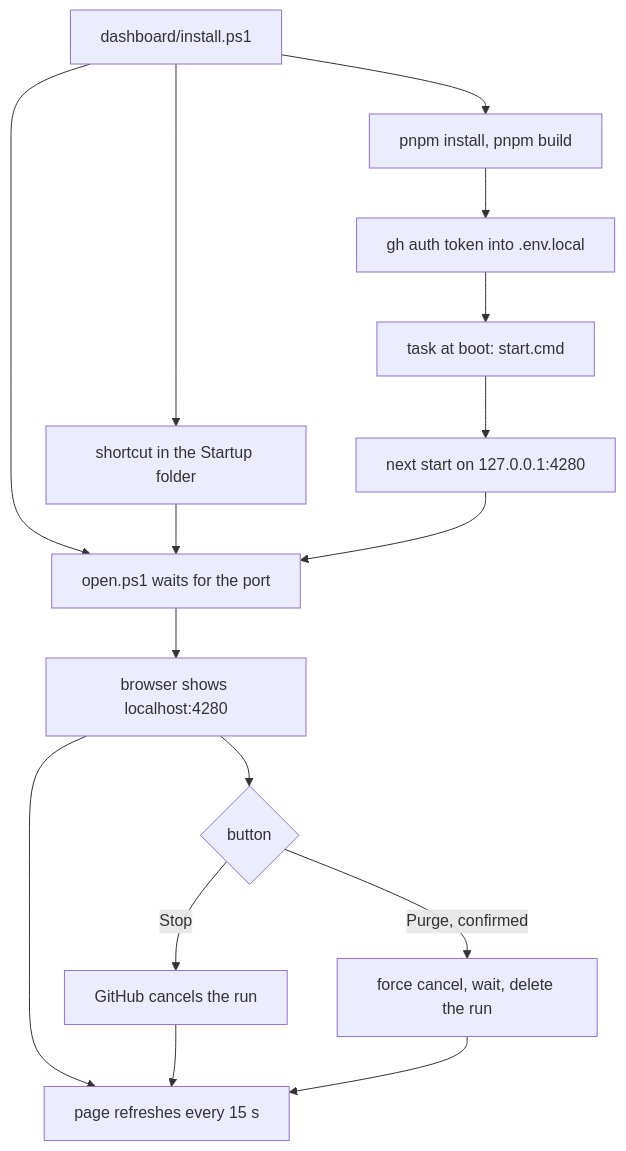
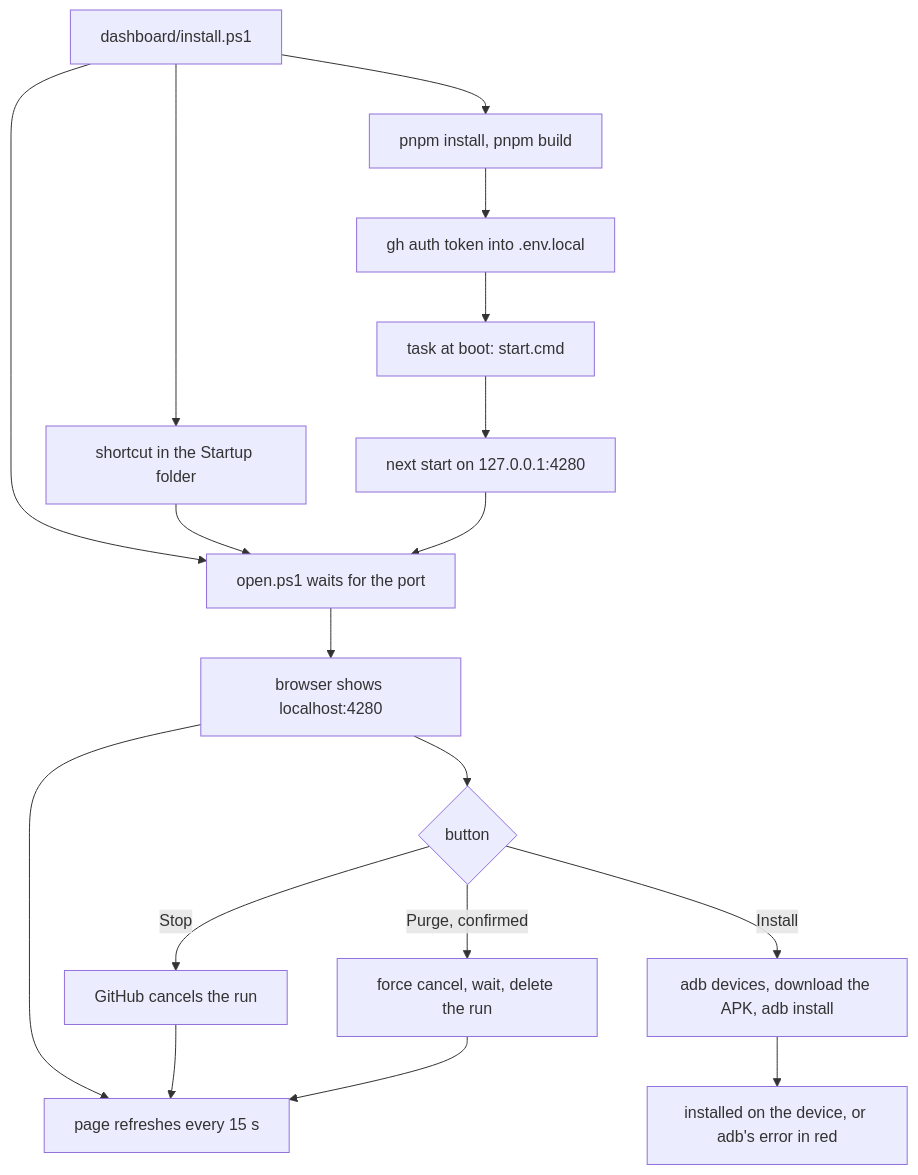
Before and after one commit to workbench-soft/local-ci: the fifth of 5 diagrams in docs/user-flows.md, drawn with Mermaid. The commit also changed other lines of this file and 4 other files, not shown here.

Commit message:
docs: release column, adb Install, failed step, PR links

````diff
--- a/docs/user-flows.md
+++ b/docs/user-flows.md
@@ -95,16 +99,18 @@
 ```mermaid
 flowchart TD
   A[dashboard/install.ps1] --> B[pnpm install, pnpm build]
   B --> C[gh auth token into .env.local]
   C --> D[task at boot: start.cmd]
   D --> E[next start on 127.0.0.1:4280]
   A --> S[shortcut in the Startup folder]
   A & S --> O[open.ps1 waits for the port]
   E --> O
   O --> F[browser shows localhost:4280]
   F --> G[page refreshes every 15 s]
   F --> H{button}
   H -- Stop --> I[GitHub cancels the run]
   H -- Purge, confirmed --> J[force cancel, wait, delete the run]
+  H -- Install --> K[adb devices, download the APK, adb install]
+  K --> L[installed on the device, or adb's error in red]
   I & J --> G
 ```
````
